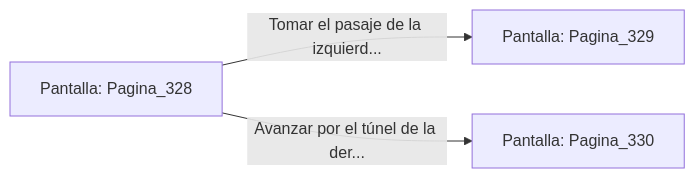
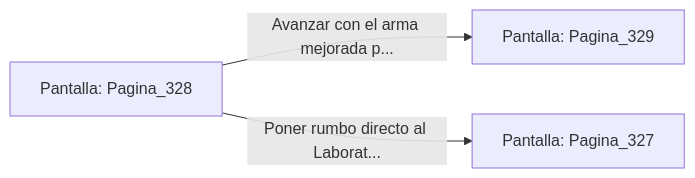
One commit to metsuke/mpl changed the diagram in sample/eligejuego-vault/Pantalla_Pagina_328.md. Above: the diagram before and after it, drawn with Mermaid. The commit also changed other lines of this file and 635 other files, not shown here.

First line of the commit message:
fix: añadir Pagina_1 como pantalla inicial en capitulo_01.mpl

````diff
--- a/sample/eligejuego-vault/Pantalla_Pagina_328.md
+++ b/sample/eligejuego-vault/Pantalla_Pagina_328.md
@@ -20,6 +22,6 @@
 ```mermaid
 graph LR
     P_Pagina_328["Pantalla: Pagina_328"]
-    P_Pagina_328 -->|"Tomar el pasaje de la izquierd..."| P_Pagina_329["Pantalla: Pagina_329"]
-    P_Pagina_328 -->|"Avanzar por el túnel de la der..."| P_Pagina_330["Pantalla: Pagina_330"]
+    P_Pagina_328 -->|"Avanzar con el arma mejorada p..."| P_Pagina_329["Pantalla: Pagina_329"]
+    P_Pagina_328 -->|"Poner rumbo directo al Laborat..."| P_Pagina_327["Pantalla: Pagina_327"]
 ```
````
